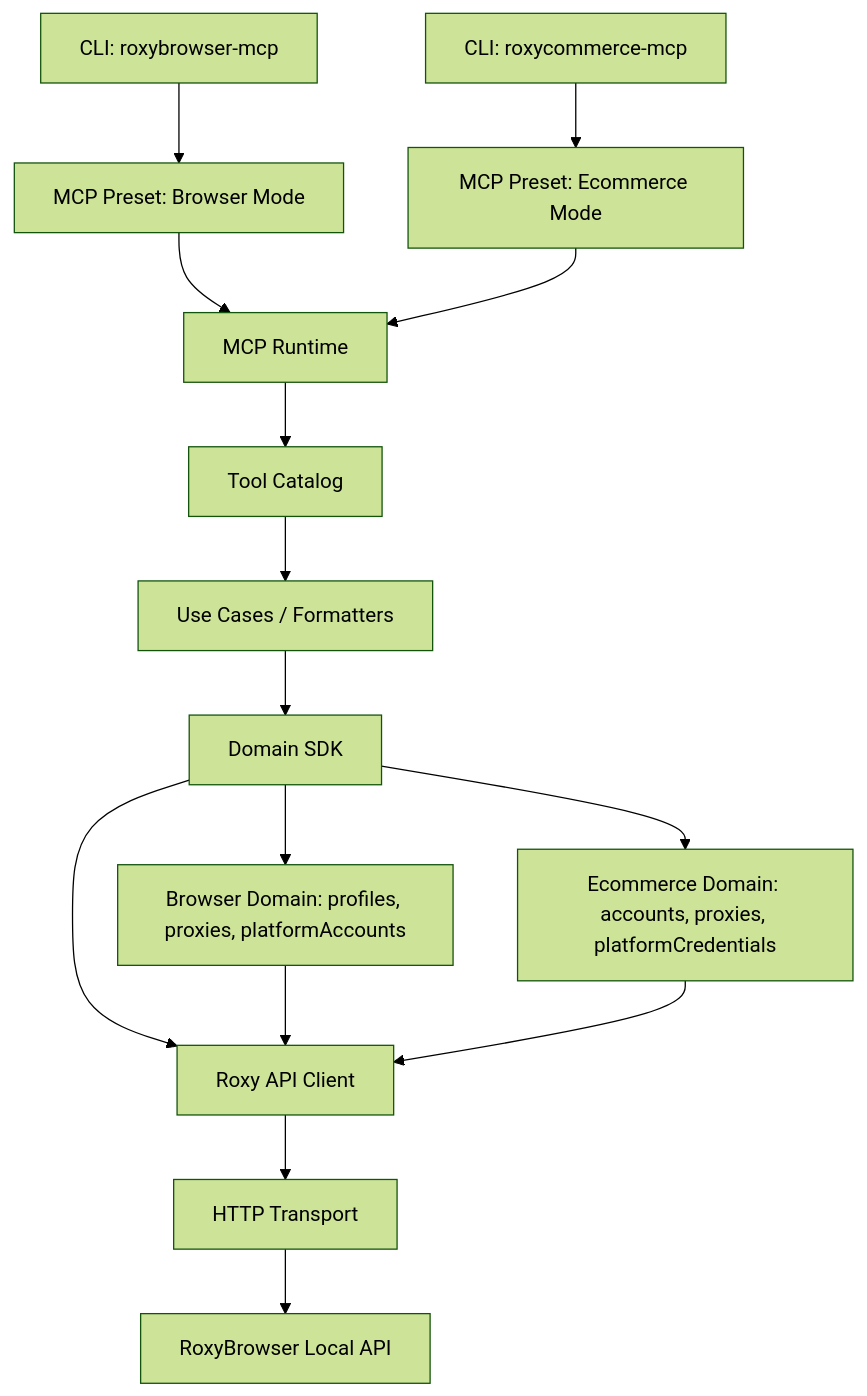
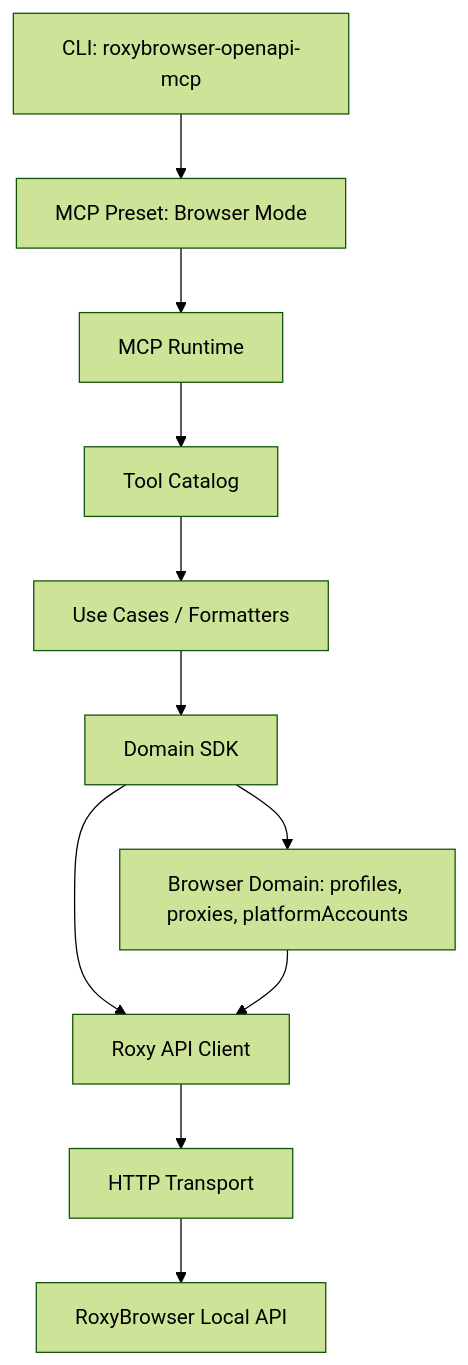
One commit to roxybrowserlabs/roxybrowser-mcp-server changed the diagram in docs/architecture-3.0.md. Above: the diagram before and after it, drawn with Mermaid (forest theme). The commit also changed other lines of this file and 30 other files, not shown here.

````diff
--- a/docs/architecture-3.0.md
+++ b/docs/architecture-3.0.md
@@ -18,22 +17,16 @@
 ```mermaid
 flowchart TD
-  A["CLI: roxybrowser-mcp"] --> B["MCP Preset: Browser Mode"]
-  C["CLI: roxycommerce-mcp"] --> D["MCP Preset: Ecommerce Mode"]
-
+  A["CLI: roxybrowser-openapi-mcp"] --> B["MCP Preset: Browser Mode"]
   B --> E["MCP Runtime"]
-  D --> E
 
   E --> F["Tool Catalog"]
   F --> G["Use Cases / Formatters"]
 
   G --> H["Domain SDK"]
   H --> I["Roxy API Client"]
   I --> J["HTTP Transport"]
   J --> K["RoxyBrowser Local API"]
 
   H --> L["Browser Domain: profiles, proxies, platformAccounts"]
-  H --> M["Ecommerce Domain: accounts, proxies, platformCredentials"]
-
   L --> I
-  M --> I
 ```
````
